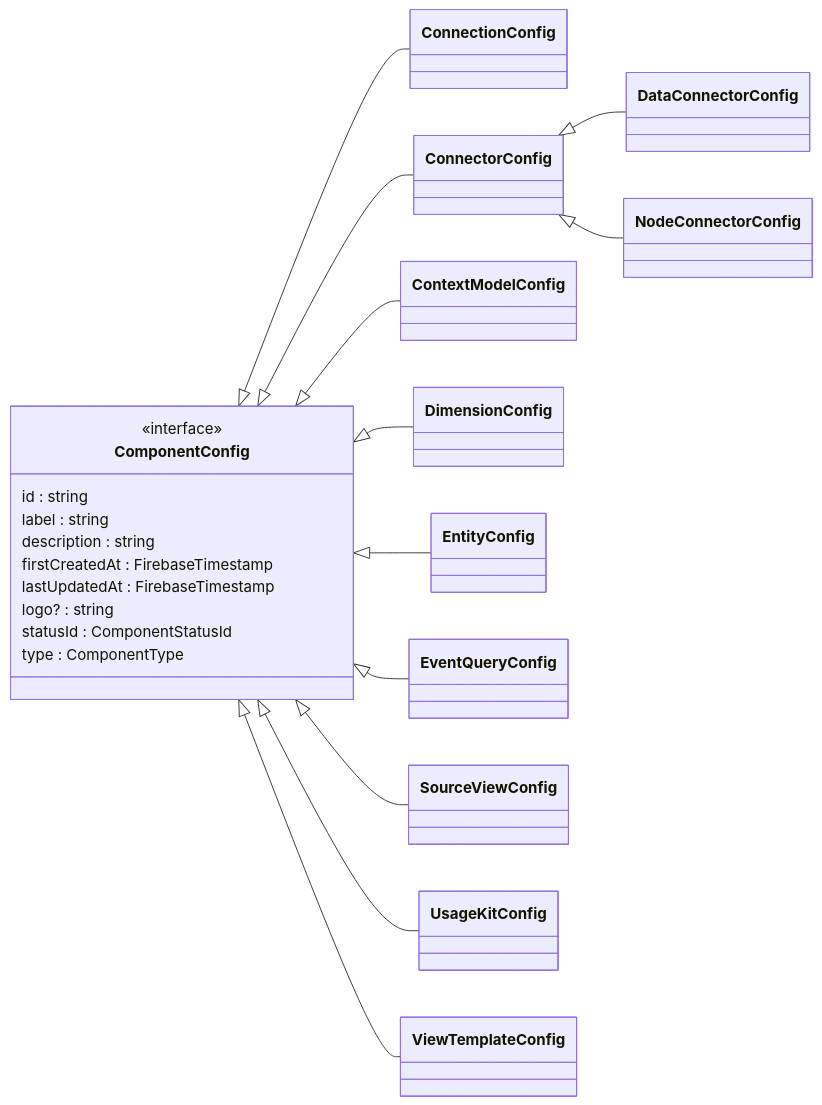
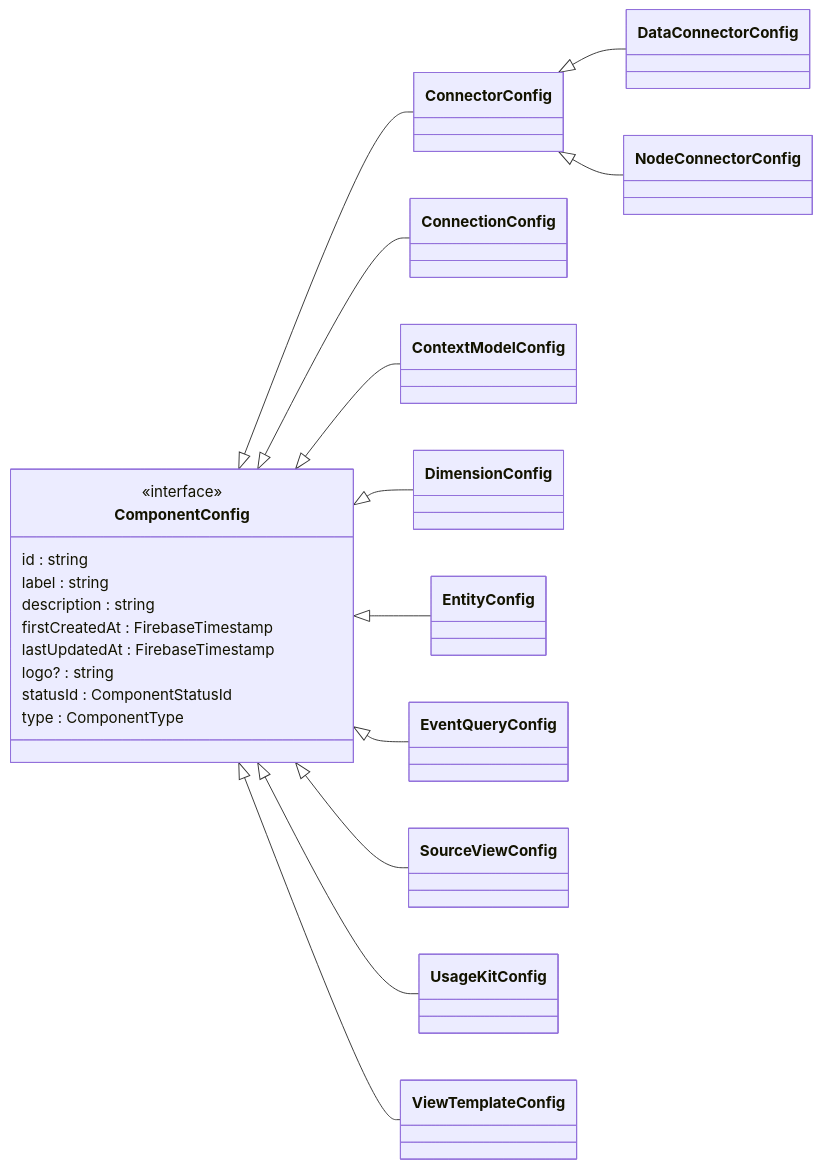
The first of 22 diagrams in README.md (data-positioning/datapos-shared), drawn with Mermaid before and after one commit. The commit also changed other lines of this file and 6 other files, not shown here.

````diff
--- a/README.md
+++ b/README.md
@@ -9,28 +9,28 @@
 ```mermaid
 classDiagram
     direction LR
 
     class ComponentConfig {
         <<interface>>
         id : string
         label : string
         description : string
         firstCreatedAt : FirebaseTimestamp
         lastUpdatedAt : FirebaseTimestamp
         logo? : string
         statusId : ComponentStatusId
         type : ComponentType
     }
 
-    ComponentConfig <|-- ConnectionConfig
     ComponentConfig <|-- ConnectorConfig
     ConnectorConfig <|-- DataConnectorConfig
     ConnectorConfig <|-- NodeConnectorConfig
+    ComponentConfig <|-- ConnectionConfig
     ComponentConfig <|-- ContextModelConfig
     ComponentConfig <|-- DimensionConfig
     ComponentConfig <|-- EntityConfig
     ComponentConfig <|-- EventQueryConfig
     ComponentConfig <|-- SourceViewConfig
     ComponentConfig <|-- UsageKitConfig
     ComponentConfig <|-- ViewTemplateConfig
 ```
````
